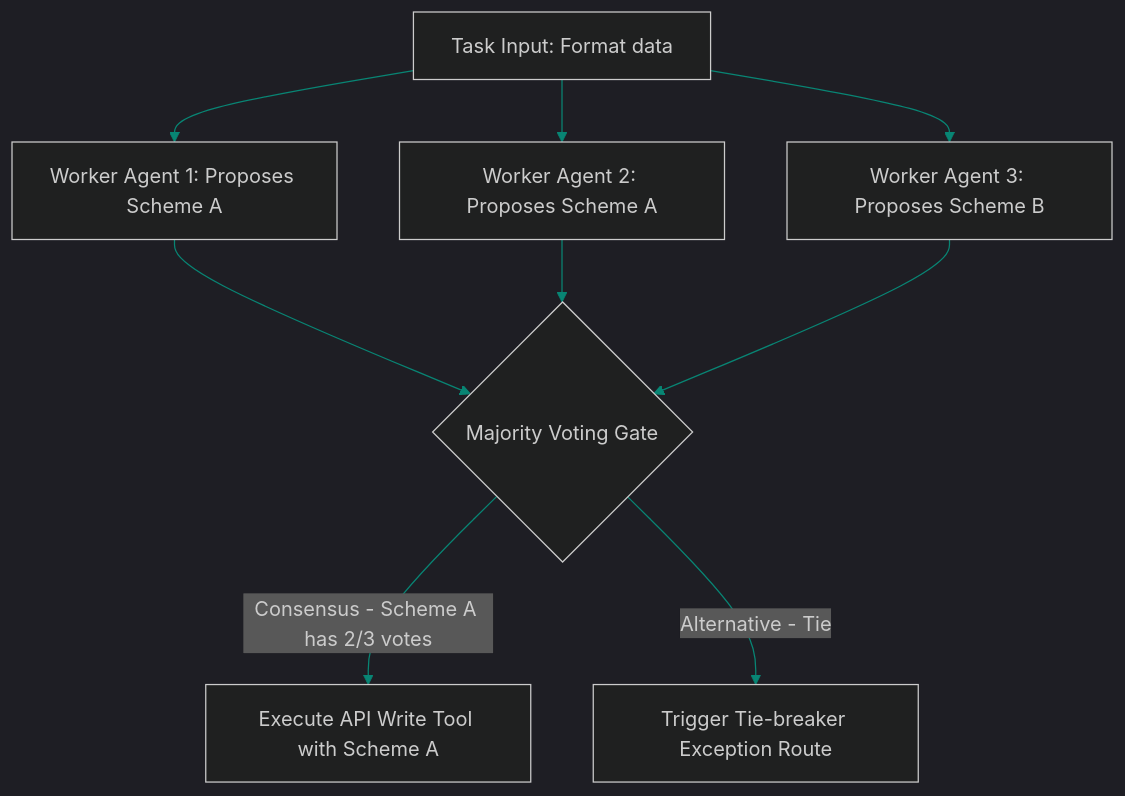
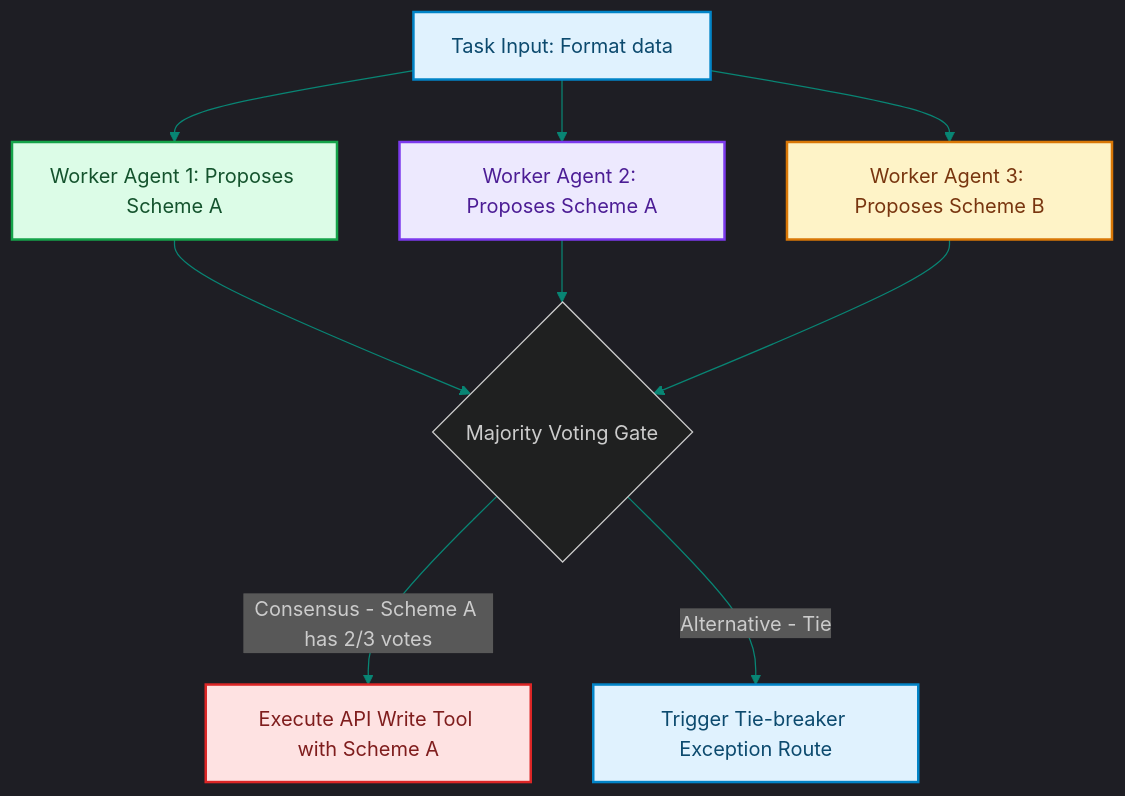
One commit to akmalkhaniub/akmalkhaniub.github.io changed the diagram in blog/posts/consensus-majority-voting-gates-tool-outputs.md. Above: the diagram before and after it, drawn with Mermaid. The commit also changed other lines of this file and 1291 other files, not shown here.

First line of the commit message:
feat(catalog): unique covers, scholarly references, and diagram palettes

````diff
--- a/blog/posts/consensus-majority-voting-gates-tool-outputs.md
+++ b/blog/posts/consensus-majority-voting-gates-tool-outputs.md
@@ -16,14 +16,25 @@
 ```mermaid
 %%{init: {'theme': 'dark', 'themeVariables': { 'primaryColor': '#088574', 'primaryTextColor': '#f3f4f6', 'primaryBorderColor': '#0db49b', 'lineColor': '#088574', 'secondaryColor': '#111827', 'tertiaryColor': '#0b0f19'}}}%%
 flowchart TD
-    Task[Task Input: Format data] --> Worker1[Worker Agent 1: Proposes Scheme A]
-    Task --> Worker2[Worker Agent 2: Proposes Scheme A]
-    Task --> Worker3[Worker Agent 3: Proposes Scheme B]
+    Task["Task Input: Format data"] --> Worker1["Worker Agent 1: Proposes Scheme A"]
+    Task --> Worker2["Worker Agent 2: Proposes Scheme A"]
+    Task --> Worker3["Worker Agent 3: Proposes Scheme B"]
     
     Worker1 --> Gate{Majority Voting Gate}
     Worker2 --> Gate
     Worker3 --> Gate
     
-    Gate -->|Consensus - Scheme A has 2/3 votes| Execute[Execute API Write Tool with Scheme A]
-    Gate -->|Alternative - Tie| Fallback[Trigger Tie-breaker Exception Route]
+    Gate -->|Consensus - Scheme A has 2/3 votes| Execute["Execute API Write Tool with Scheme A"]
+    Gate -->|Alternative - Tie| Fallback["Trigger Tie-breaker Exception Route"]
+
+classDef green fill:#dcfce7,stroke:#16a34a,stroke-width:2px,color:#14532d;
+classDef red fill:#fee2e2,stroke:#dc2626,stroke-width:2px,color:#7f1d1d;
+classDef blue fill:#e0f2fe,stroke:#0284c7,stroke-width:2px,color:#0c4a6e;
+classDef yellow fill:#fef3c7,stroke:#d97706,stroke-width:2px,color:#78350f;
+classDef purple fill:#ede9fe,stroke:#7c3aed,stroke-width:2px,color:#4c1d95;
+class Task,Fallback blue
+class Worker1 green
+class Worker2 purple
+class Worker3 yellow
+class Execute red
 ```
````
